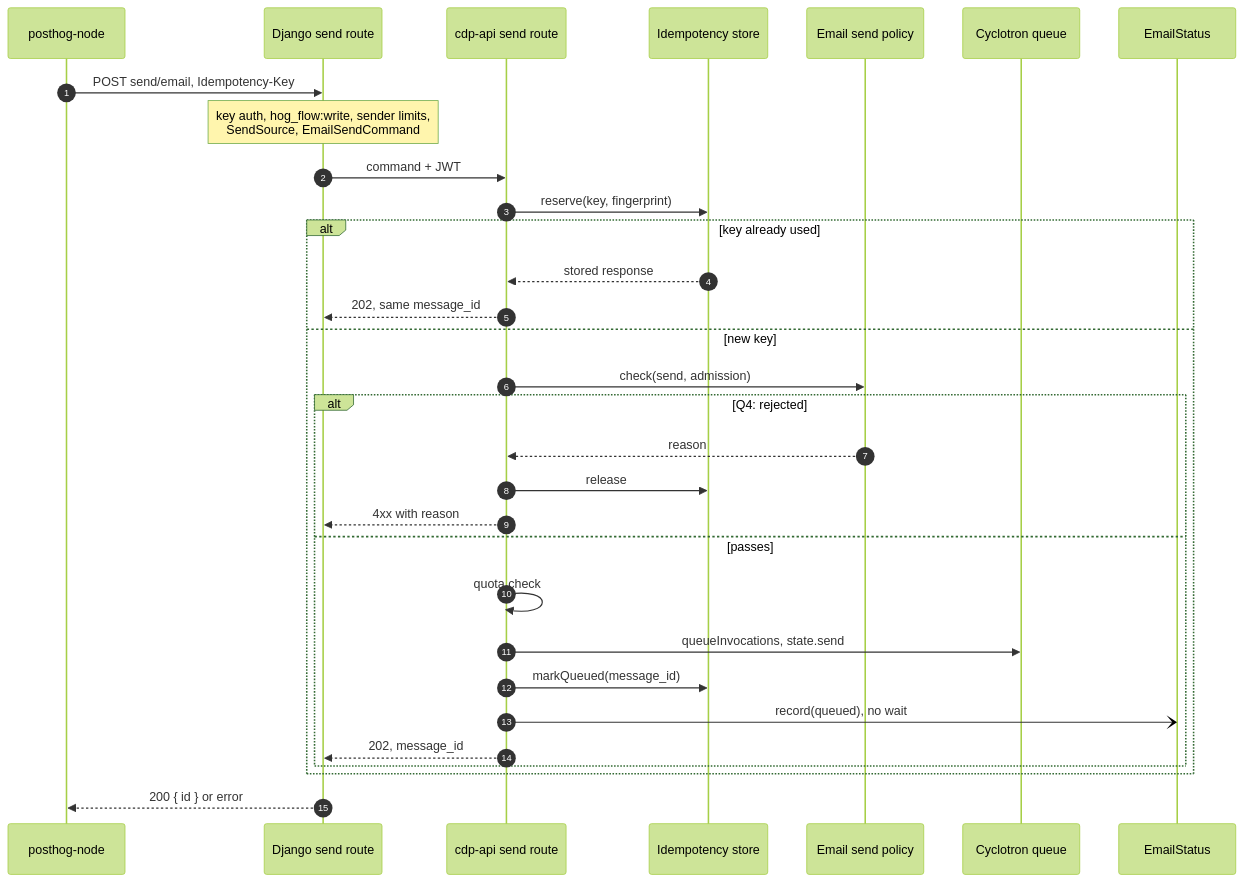
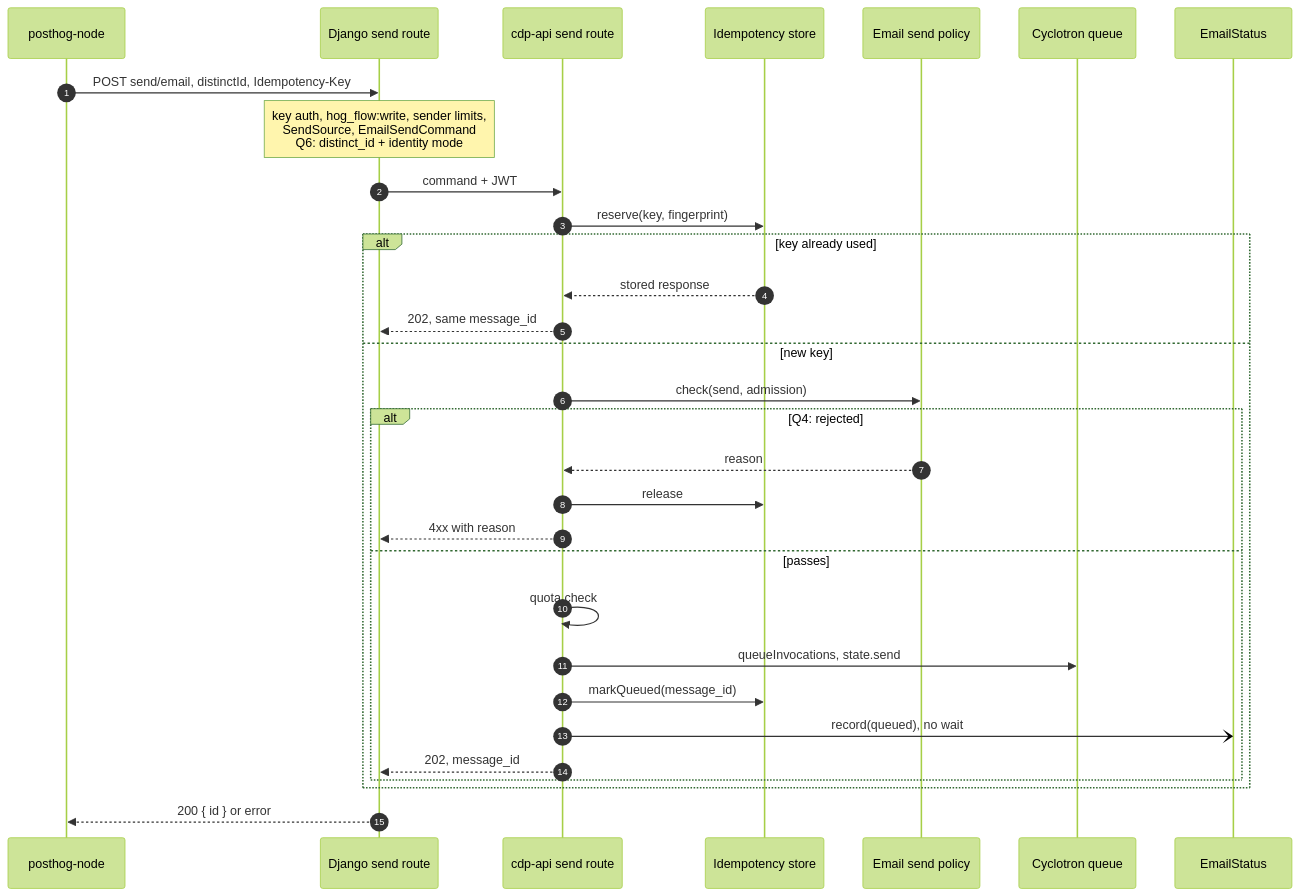
The diagram in r3/accept.mmd (Silthus/posthog), drawn with Mermaid (forest theme) before and after one commit. The commit also changed 5 other files, not shown here.

Commit message:
chore: add research 532 boundaries to resend parity rung 3 diagrams

```diff
--- a/r3/accept.mmd
+++ b/r3/accept.mmd
@@ -1,31 +1,31 @@
 sequenceDiagram
   autonumber
   participant SDK as posthog-node
   participant Dj as Django send route
   participant CDP as cdp-api send route
   participant Idem as Idempotency store
   participant Pol as Email send policy
   participant Q as Cyclotron queue
   participant St as EmailStatus
-  SDK->>Dj: POST send/email, Idempotency-Key
-  Note over Dj: key auth, hog_flow:write, sender limits,<br/>SendSource, EmailSendCommand
+  SDK->>Dj: POST send/email, distinctId, Idempotency-Key
+  Note over Dj: key auth, hog_flow:write, sender limits,<br/>SendSource, EmailSendCommand<br/>Q6: distinct_id + identity mode
   Dj->>CDP: command + JWT
   CDP->>Idem: reserve(key, fingerprint)
   alt key already used
     Idem-->>CDP: stored response
     CDP-->>Dj: 202, same message_id
   else new key
     CDP->>Pol: check(send, admission)
     alt Q4: rejected
       Pol-->>CDP: reason
       CDP->>Idem: release
       CDP-->>Dj: 4xx with reason
     else passes
       CDP->>CDP: quota check
       CDP->>Q: queueInvocations, state.send
       CDP->>Idem: markQueued(message_id)
       CDP-)St: record(queued), no wait
       CDP-->>Dj: 202, message_id
     end
   end
   Dj-->>SDK: 200 { id } or error
```
